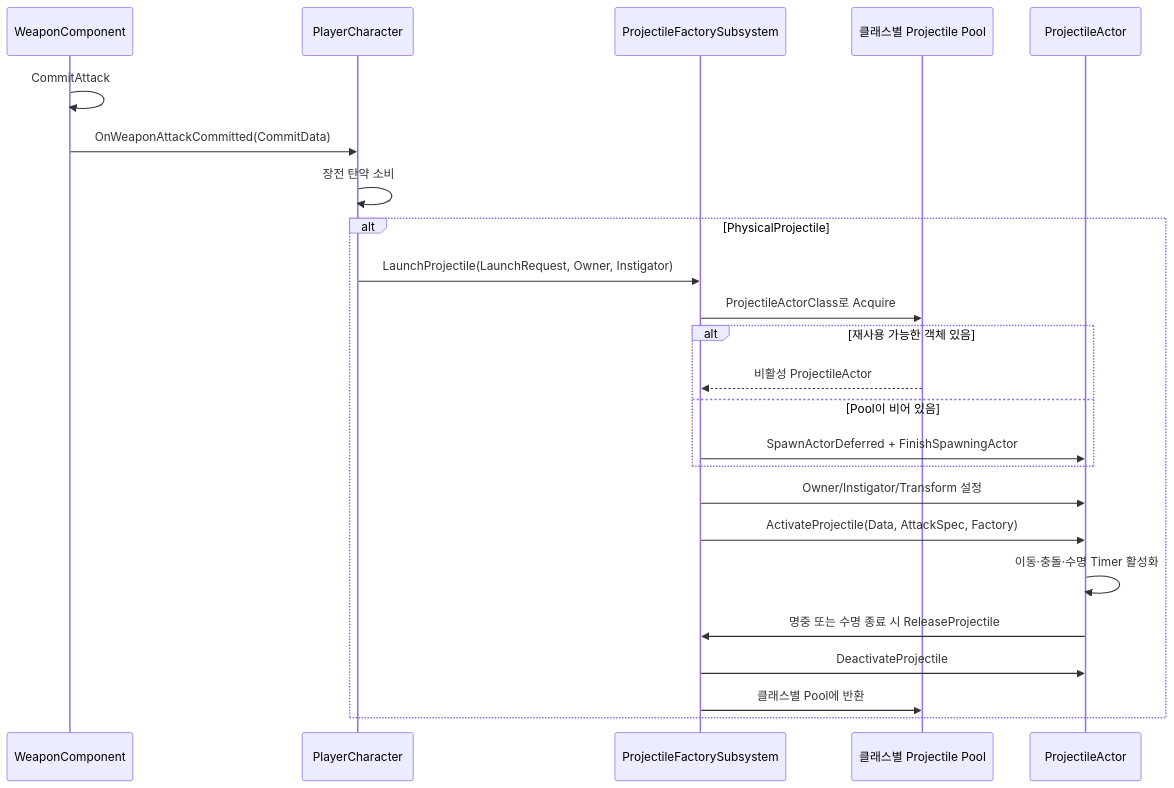
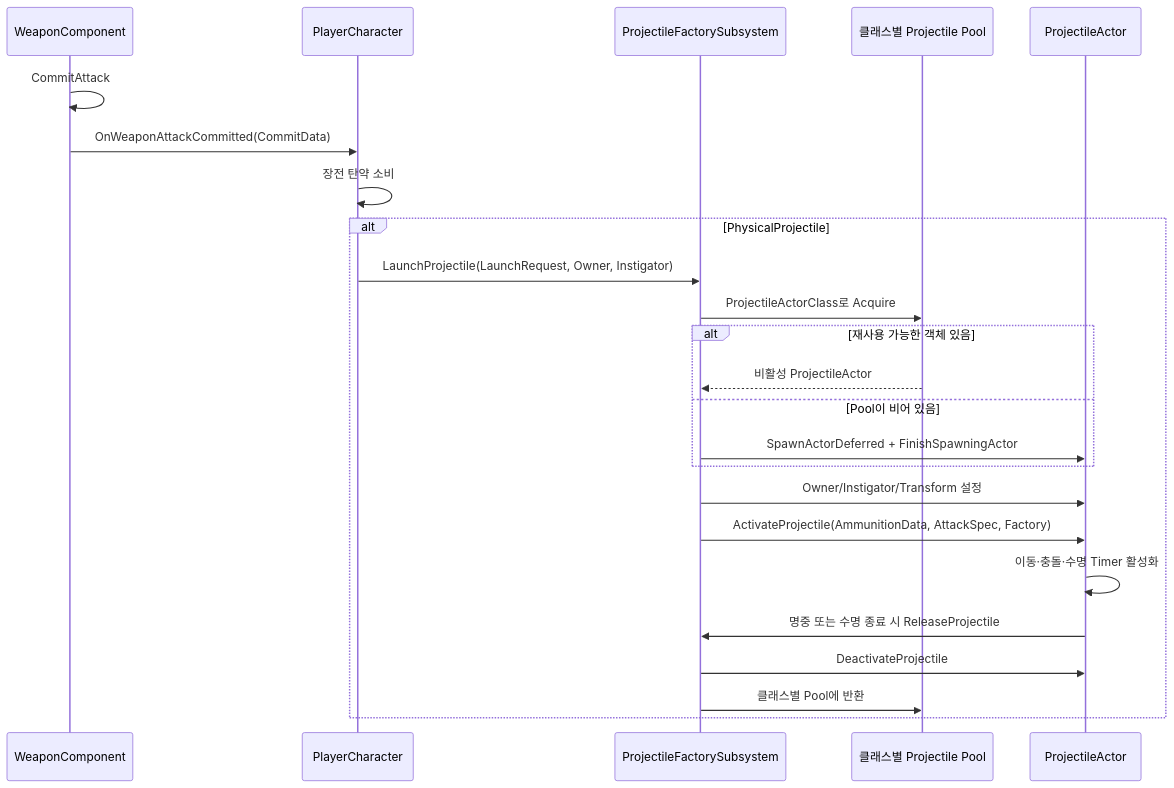
One commit to liang2papa/Astra_Docs changed the third of 4 diagrams in Wiki/03_시스템 설계/무기.md. Above: the diagram before and after it, drawn with Mermaid. The commit also changed other lines of this file and 22 other files, not shown here.

````diff
--- a/Wiki/03_시스템 설계/무기.md
+++ b/Wiki/03_시스템 설계/무기.md
@@ -230,27 +251,27 @@
 ```mermaid
 sequenceDiagram
     participant Weapon as WeaponComponent
     participant Player as PlayerCharacter
     participant Factory as ProjectileFactorySubsystem
     participant Pool as 클래스별 Projectile Pool
     participant Projectile as ProjectileActor
 
     Weapon->>Weapon: CommitAttack
     Weapon->>Player: OnWeaponAttackCommitted(CommitData)
     Player->>Player: 장전 탄약 소비
     alt PhysicalProjectile
         Player->>Factory: LaunchProjectile(LaunchRequest, Owner, Instigator)
         Factory->>Pool: ProjectileActorClass로 Acquire
         alt 재사용 가능한 객체 있음
             Pool-->>Factory: 비활성 ProjectileActor
         else Pool이 비어 있음
             Factory->>Projectile: SpawnActorDeferred + FinishSpawningActor
         end
         Factory->>Projectile: Owner/Instigator/Transform 설정
-        Factory->>Projectile: ActivateProjectile(Data, AttackSpec, Factory)
+        Factory->>Projectile: ActivateProjectile(AmmunitionData, AttackSpec, Factory)
         Projectile->>Projectile: 이동·충돌·수명 Timer 활성화
         Projectile->>Factory: 명중 또는 수명 종료 시 ReleaseProjectile
         Factory->>Projectile: DeactivateProjectile
         Factory->>Pool: 클래스별 Pool에 반환
     end
 ```
````
